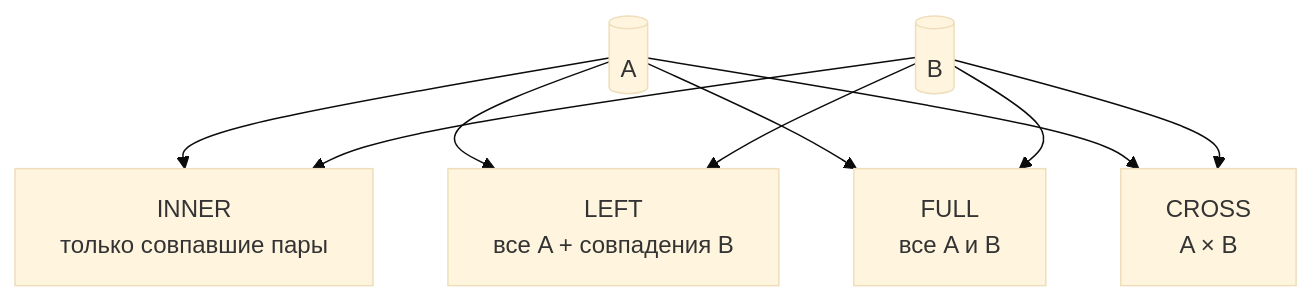
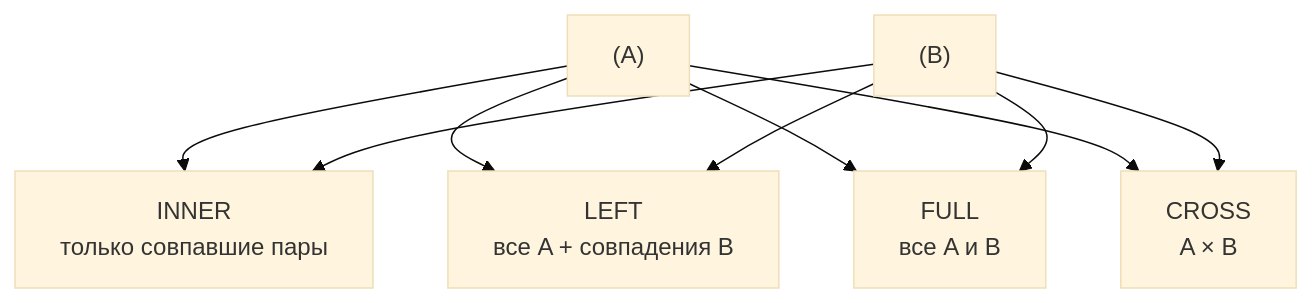
One commit to DDoSKudya/ai-study-atlas changed the first of 2 diagrams in directions/cs_fundamentals/db/pact/03_sql_sredny_uroven/01_10_join_soedinenie_tablits.md. Above: the diagram before and after it, drawn with Mermaid (base theme). The commit also changed other lines of this file and 322 other files, not shown here.

Commit message:
fix(docs): make mermaid diagrams GitHub-compatible across directions content

````diff
--- a/directions/cs_fundamentals/db/pact/03_sql_sredny_uroven/01_10_join_soedinenie_tablits.md
+++ b/directions/cs_fundamentals/db/pact/03_sql_sredny_uroven/01_10_join_soedinenie_tablits.md
@@ -11,11 +11,11 @@
 ```mermaid
 flowchart TB
-  A[(A)] --> Inner[INNER\nтолько совпавшие пары]
-  B[(B)] --> Inner
-  A --> Left[LEFT\nвсе A + совпадения B]
+  A["(A)"] --> Inner["INNER\nтолько совпавшие пары"]
+  B["(B)"] --> Inner
+  A --> Left["LEFT\nвсе A + совпадения B"]
   B --> Left
-  A --> Full[FULL\nвсе A и B]
+  A --> Full["FULL\nвсе A и B"]
   B --> Full
-  A --> Cross[CROSS\nA × B]
+  A --> Cross["CROSS\nA × B"]
   B --> Cross
 ```
````
